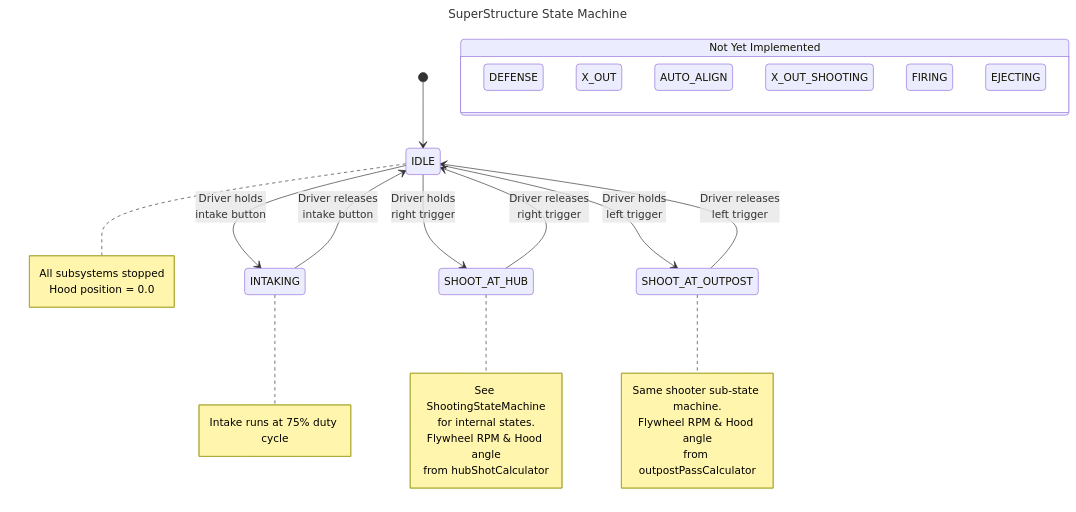
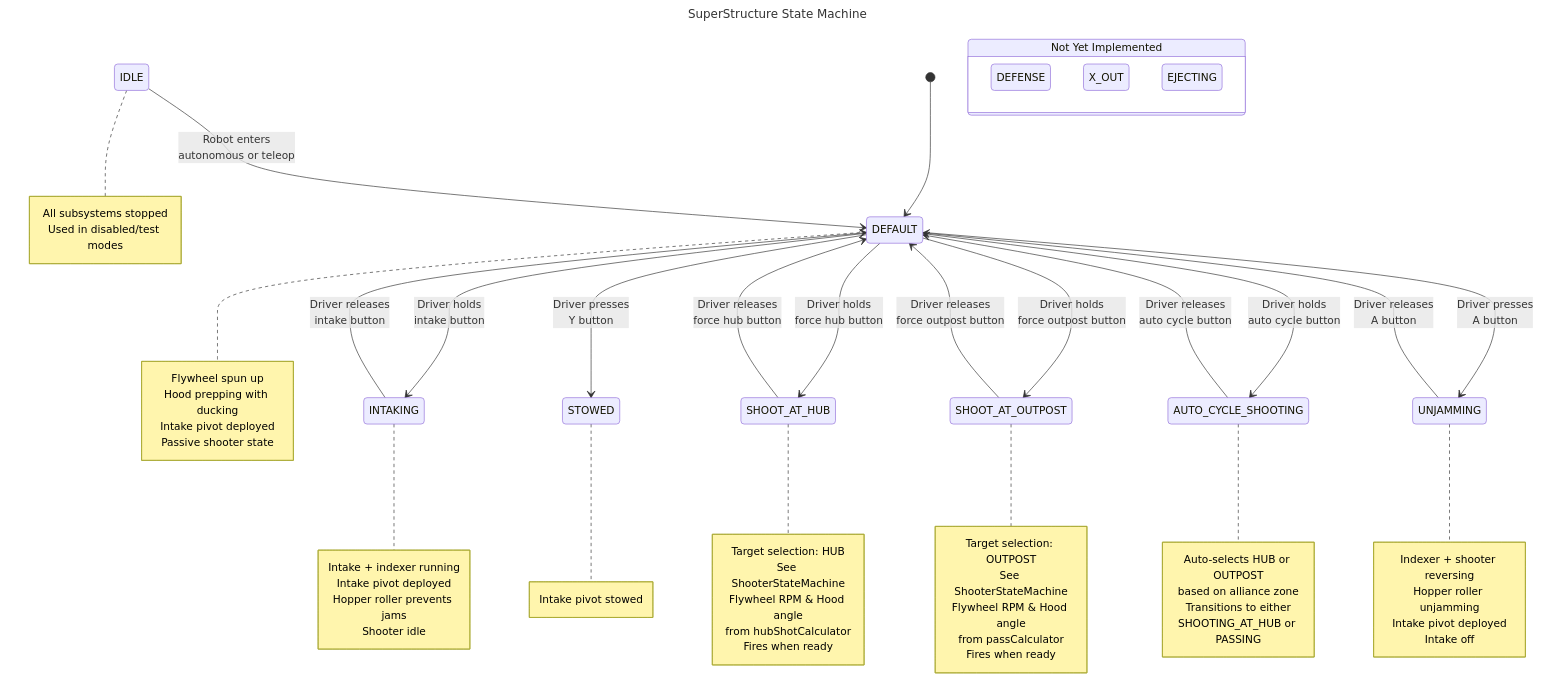
One commit to FRCTeam360/RainMaker26 changed the diagram in docs/diagrams/SuperStructureStateMachine.mmd. Above: the diagram before and after it, drawn with Mermaid. The commit also changed 2 other files, not shown here.

Commit message:
updated state machine diagrams

```diff
--- a/docs/diagrams/SuperStructureStateMachine.mmd
+++ b/docs/diagrams/SuperStructureStateMachine.mmd
@@ -1,32 +1,94 @@
 ---
 title: SuperStructure State Machine
 ---
 stateDiagram-v2
-    [*] --> IDLE
+    [*] --> StateDefault
 
-    %% Intake flow
-    IDLE --> INTAKING : Driver holds<br>intake button
-    INTAKING --> IDLE : Driver releases<br>intake button
+    %% State definitions with descriptions
+    StateDefault: DEFAULT
+    StateIdle: IDLE
+    StateIntaking: INTAKING
+    StateShootAtHub: SHOOT_AT_HUB
+    StateShootAtOutpost: SHOOT_AT_OUTPOST
+    StateAutoCycleShooting: AUTO_CYCLE_SHOOTING
+    StateUnjamming: UNJAMMING
+    StateStowed: STOWED
+
+    %% Default state flow
+    StateDefault --> StateIntaking : Driver holds<br>intake button
+    StateDefault --> StateShootAtHub : Driver holds<br>force hub button
+    StateDefault --> StateShootAtOutpost : Driver holds<br>force outpost button
+    StateDefault --> StateAutoCycleShooting : Driver holds<br>auto cycle button
+    StateDefault --> StateUnjamming : Driver presses<br>A button
+    StateDefault --> StateStowed : Driver presses<br>Y button
+
+    %% Intaking flow
+    StateIntaking --> StateDefault : Driver releases<br>intake button
 
     %% Hub shooting flow
-    IDLE --> SHOOT_AT_HUB : Driver holds<br>right trigger
-    SHOOT_AT_HUB --> IDLE : Driver releases<br>right trigger
+    StateShootAtHub --> StateDefault : Driver releases<br>force hub button
 
     %% Outpost pass flow
-    IDLE --> SHOOT_AT_OUTPOST : Driver holds<br>left trigger
-    SHOOT_AT_OUTPOST --> IDLE : Driver releases<br>left trigger
+    StateShootAtOutpost --> StateDefault : Driver releases<br>force outpost button
 
-    note right of IDLE : All subsystems stopped<br>Hood position = 0.0
-    note right of INTAKING : Intake runs at 75% duty cycle
-    note right of SHOOT_AT_HUB : See ShootingStateMachine<br>for internal states.<br>Flywheel RPM & Hood angle<br>from hubShotCalculator
-    note right of SHOOT_AT_OUTPOST : Same shooter sub-state machine.<br>Flywheel RPM & Hood angle<br>from outpostPassCalculator
+    %% Auto cycle flow
+    StateAutoCycleShooting --> StateDefault : Driver releases<br>auto cycle button
+
+    %% Unjamming flow
+    StateUnjamming --> StateDefault : Driver releases<br>A button
+
+    %% IDLE state (used in disabled/test modes)
+    StateIdle --> StateDefault : Robot enters<br>autonomous or teleop
+
+    note right of StateDefault
+        Flywheel spun up
+        Hood prepping with ducking
+        Intake pivot deployed
+        Passive shooter state
+    end note
+    note right of StateIdle
+        All subsystems stopped
+        Used in disabled/test modes
+    end note
+    note right of StateIntaking
+        Intake + indexer running
+        Intake pivot deployed
+        Hopper roller prevents jams
+        Shooter idle
+    end note
+    note right of StateShootAtHub
+        Target selection: HUB
+        See ShooterStateMachine
+        Flywheel RPM & Hood angle
+        from hubShotCalculator
+        Fires when ready
+    end note
+    note right of StateShootAtOutpost
+        Target selection: OUTPOST
+        See ShooterStateMachine
+        Flywheel RPM & Hood angle
+        from passCalculator
+        Fires when ready
+    end note
+    note right of StateAutoCycleShooting
+        Auto-selects HUB or OUTPOST
+        based on alliance zone
+        Transitions to either
+        SHOOTING_AT_HUB or PASSING
+    end note
+    note right of StateUnjamming
+        Indexer + shooter reversing
+        Hopper roller unjamming
+        Intake pivot deployed
+        Intake off
+    end note
+    note right of StateStowed
+        Intake pivot stowed
+    end note
 
     %% Defined but not yet implemented
     state "Not Yet Implemented" as NYI {
         DEFENSE
         X_OUT
-        AUTO_ALIGN
-        X_OUT_SHOOTING
-        FIRING
         EJECTING
     }
```
